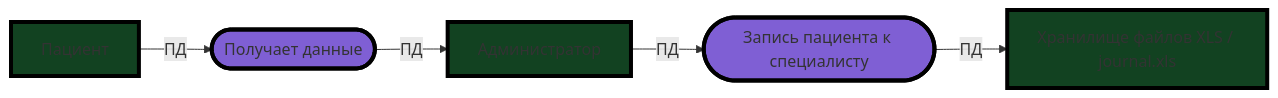
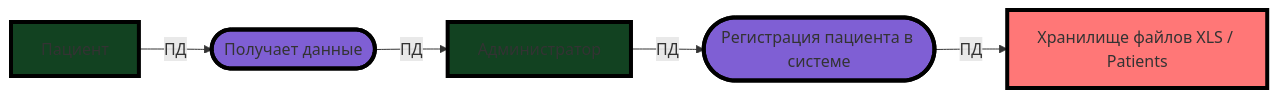
The fifth of 9 diagrams in Task_1/Readme.md (belyaev-a-g/architecture-medikamente), drawn with Mermaid before and after one commit. The commit also changed other lines of this file, not shown here.

````diff
--- a/Task_1/Readme.md
+++ b/Task_1/Readme.md
@@ -88,11 +90,12 @@
 ```mermaid
 flowchart LR
     classDef action fill:#7F5FD4, stroke:#000, stroke-width:4px
     classDef entity fill:#124221, stroke:#000, stroke-width:4px
+    classDef share fill:#FF7777 , stroke:#000, stroke-width:4px
     pacient[Пациент]:::entity
     admin[Администратор]:::entity
-    xls_share[Хранилище файлов XLS / journal.xls]:::entity
-    register([Запись пациента к специалисту]):::action
+    xls_share[Хранилище файлов XLS / Patients]:::share
+    register([Регистрация пациента в системе]):::action
     get([Получает данные]):::action
     pacient--"ПД"--> get--"ПД"--> admin --"ПД"--> register--"ПД"-->xls_share
 ```
````
